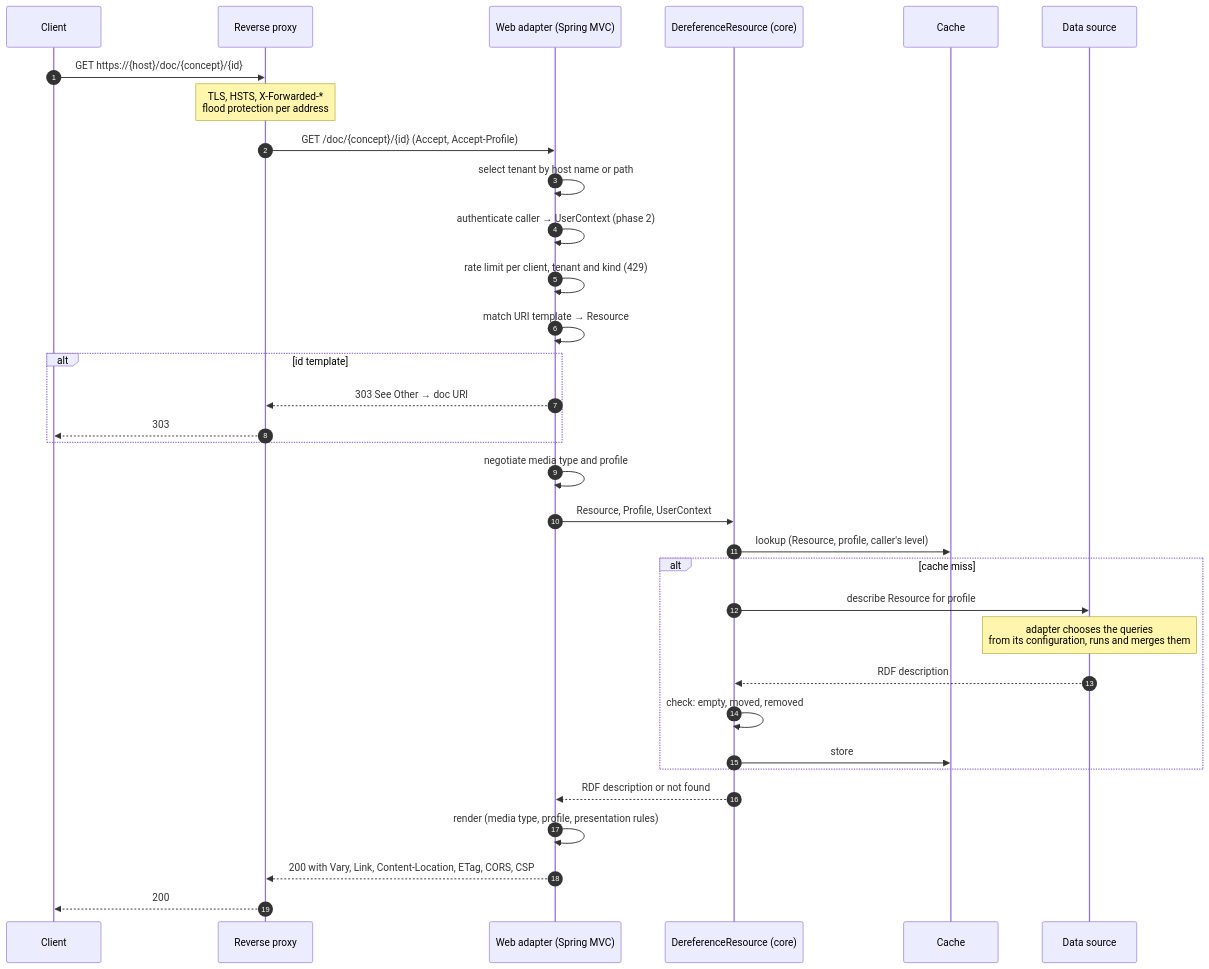
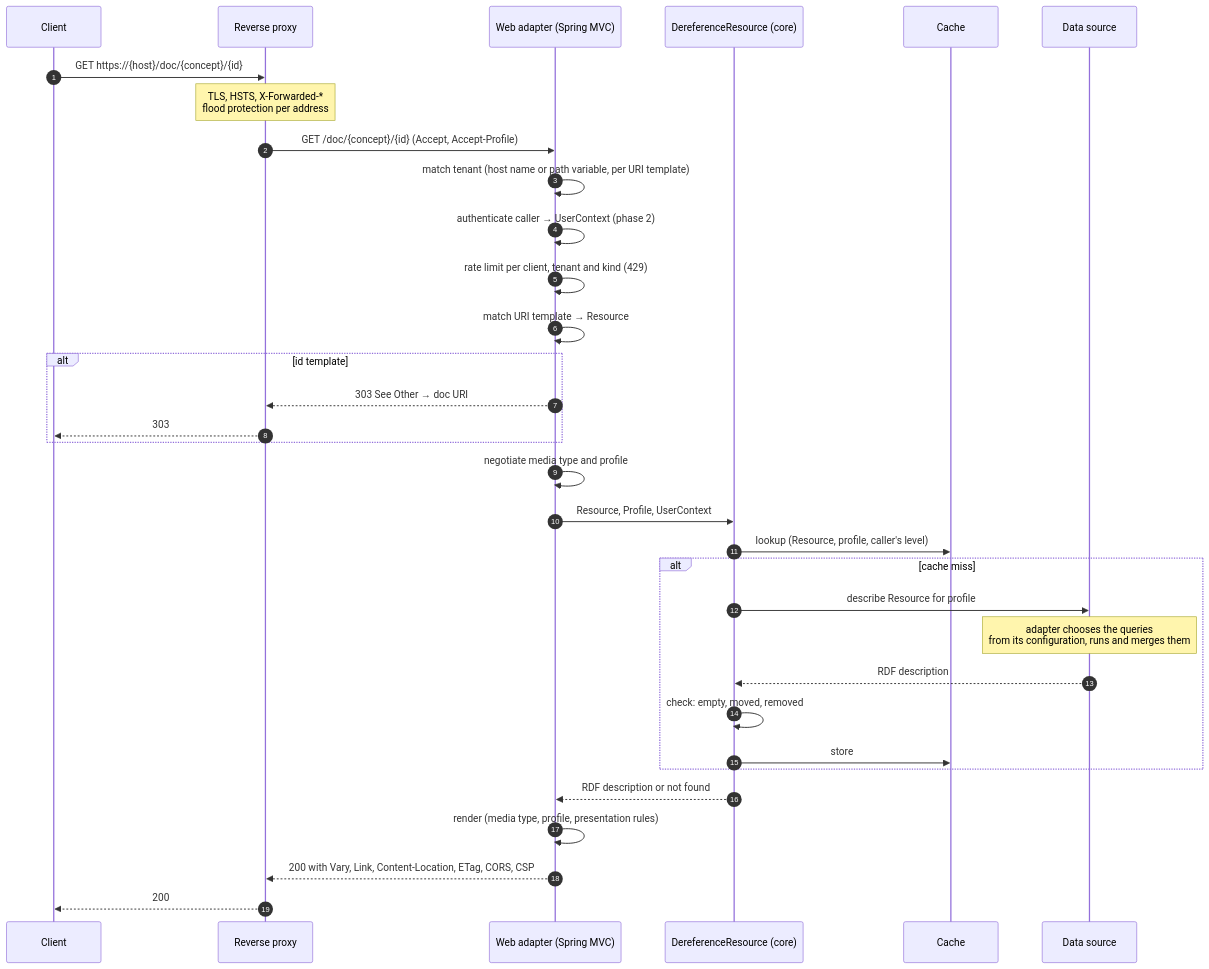
Before and after one commit to milieuinfo/SPieGeL: the diagram in docs/analysis/05-architecture/request-flow.md, drawn with Mermaid. The commit also changed other lines of this file and 6 other files, not shown here.

First line of the commit message:
docs: support one or several tenants per deployment, matched per URI template

````diff
--- a/docs/analysis/05-architecture/request-flow.md
+++ b/docs/analysis/05-architecture/request-flow.md
@@ -17,35 +17,35 @@
 ```mermaid
 sequenceDiagram
     autonumber
     participant C as Client
     participant P as Reverse proxy
     participant W as Web adapter (Spring MVC)
     participant U as DereferenceResource (core)
     participant K as Cache
     participant D as Data source
     C->>P: GET https://{host}/doc/{concept}/{id}
     Note over P: TLS, HSTS, X-Forwarded-*<br/>flood protection per address
     P->>W: GET /doc/{concept}/{id} (Accept, Accept-Profile)
-    W->>W: select tenant by host name or path
+    W->>W: match tenant (host name or path variable, per URI template)
     W->>W: authenticate caller → UserContext (phase 2)
     W->>W: rate limit per client, tenant and kind (429)
     W->>W: match URI template → Resource
     alt id template
         W-->>P: 303 See Other → doc URI
         P-->>C: 303
     end
     W->>W: negotiate media type and profile
     W->>U: Resource, Profile, UserContext
     U->>K: lookup (Resource, profile, caller's level)
     alt cache miss
         U->>D: describe Resource for profile
         Note over D: adapter chooses the queries<br/>from its configuration, runs and merges them
         D-->>U: RDF description
         U->>U: check: empty, moved, removed
         U->>K: store
     end
     U-->>W: RDF description or not found
     W->>W: render (media type, profile, presentation rules)
     W-->>P: 200 with Vary, Link, Content-Location, ETag, CORS, CSP
     P-->>C: 200
 ```
````
